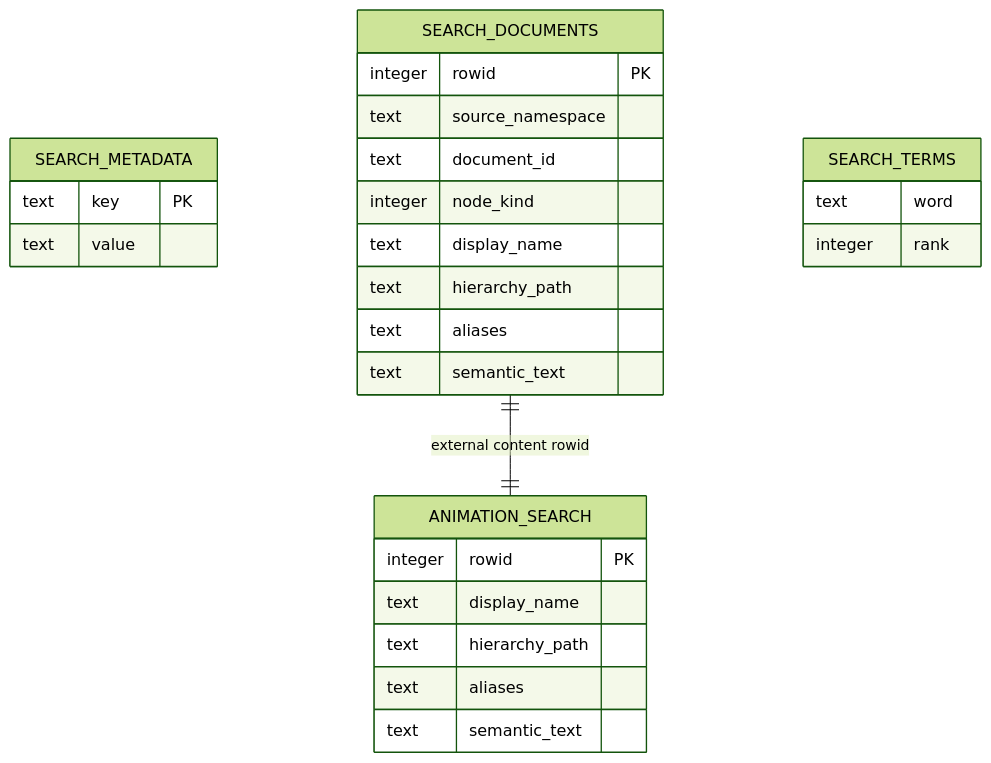
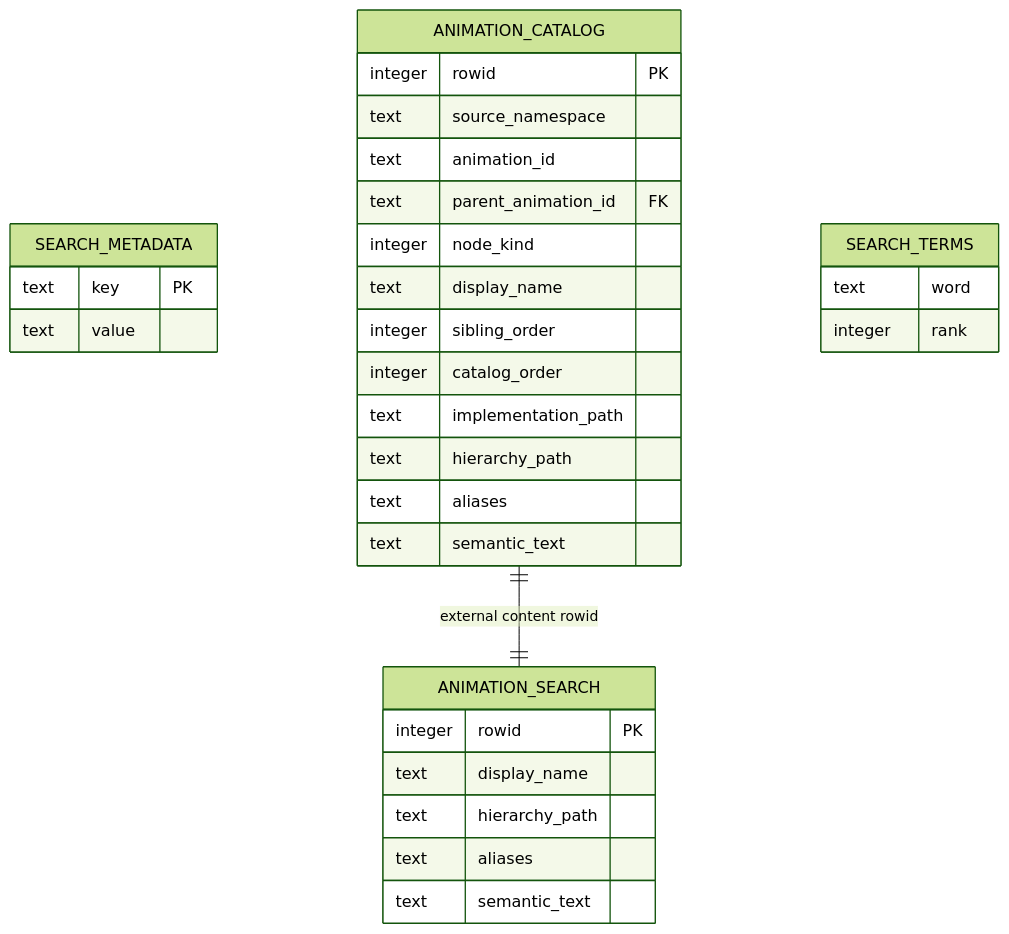
Before and after one commit to derekshoneycutt/Euclid: the second of 3 diagrams in docs/wiki/Guides/Sqlite3.md, drawn with Mermaid (forest theme). The commit also changed other lines of this file and 181 other files, not shown here.

Commit message:
Add animation catalog in sqlite database. Clean up annoying if statements all over.

````diff
--- a/docs/wiki/Guides/Sqlite3.md
+++ b/docs/wiki/Guides/Sqlite3.md
@@ -106,33 +106,37 @@
 ```mermaid
 erDiagram
     SEARCH_METADATA {
         text key PK
         text value
     }
 
-    SEARCH_DOCUMENTS {
+    ANIMATION_CATALOG {
         integer rowid PK
         text source_namespace
-        text document_id
+        text animation_id
+        text parent_animation_id FK
         integer node_kind
         text display_name
+        integer sibling_order
+        integer catalog_order
+        text implementation_path
         text hierarchy_path
         text aliases
         text semantic_text
     }
 
     ANIMATION_SEARCH {
         integer rowid PK
         text display_name
         text hierarchy_path
         text aliases
         text semantic_text
     }
 
     SEARCH_TERMS {
         text word
         integer rank
     }
 
-    SEARCH_DOCUMENTS ||--|| ANIMATION_SEARCH : "external content rowid"
+    ANIMATION_CATALOG ||--|| ANIMATION_SEARCH : "external content rowid"
 ```
````
